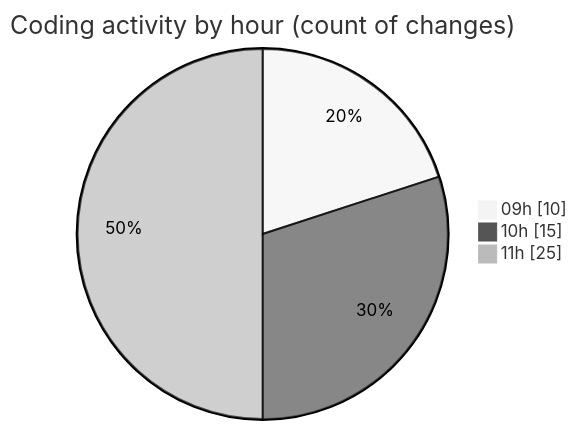
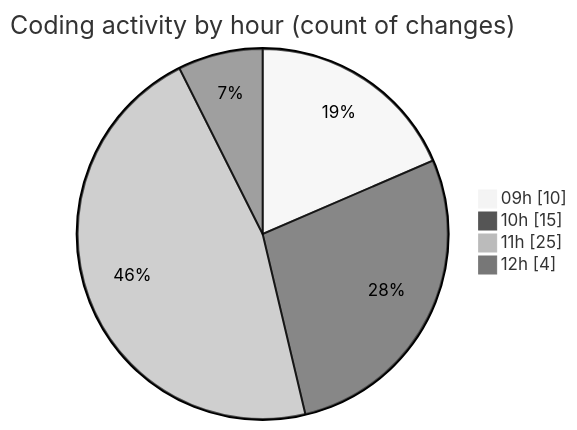
Before and after one commit to MatusMokan/code-tracking: the second of 2 diagrams in 2025-03-21/myws__workspace_/README.md, drawn with Mermaid (neutral theme). The commit also changed other lines of this file and 1 other file, not shown here.

````diff
--- a/2025-03-21/myws__workspace_/README.md
+++ b/2025-03-21/myws__workspace_/README.md
@@ -30,7 +32,8 @@
 ```mermaid
 pie showData
 title Coding activity by hour (count of changes)
 "09h" : 10
 "10h" : 15
 "11h" : 25
+"12h" : 4
 ```
````
